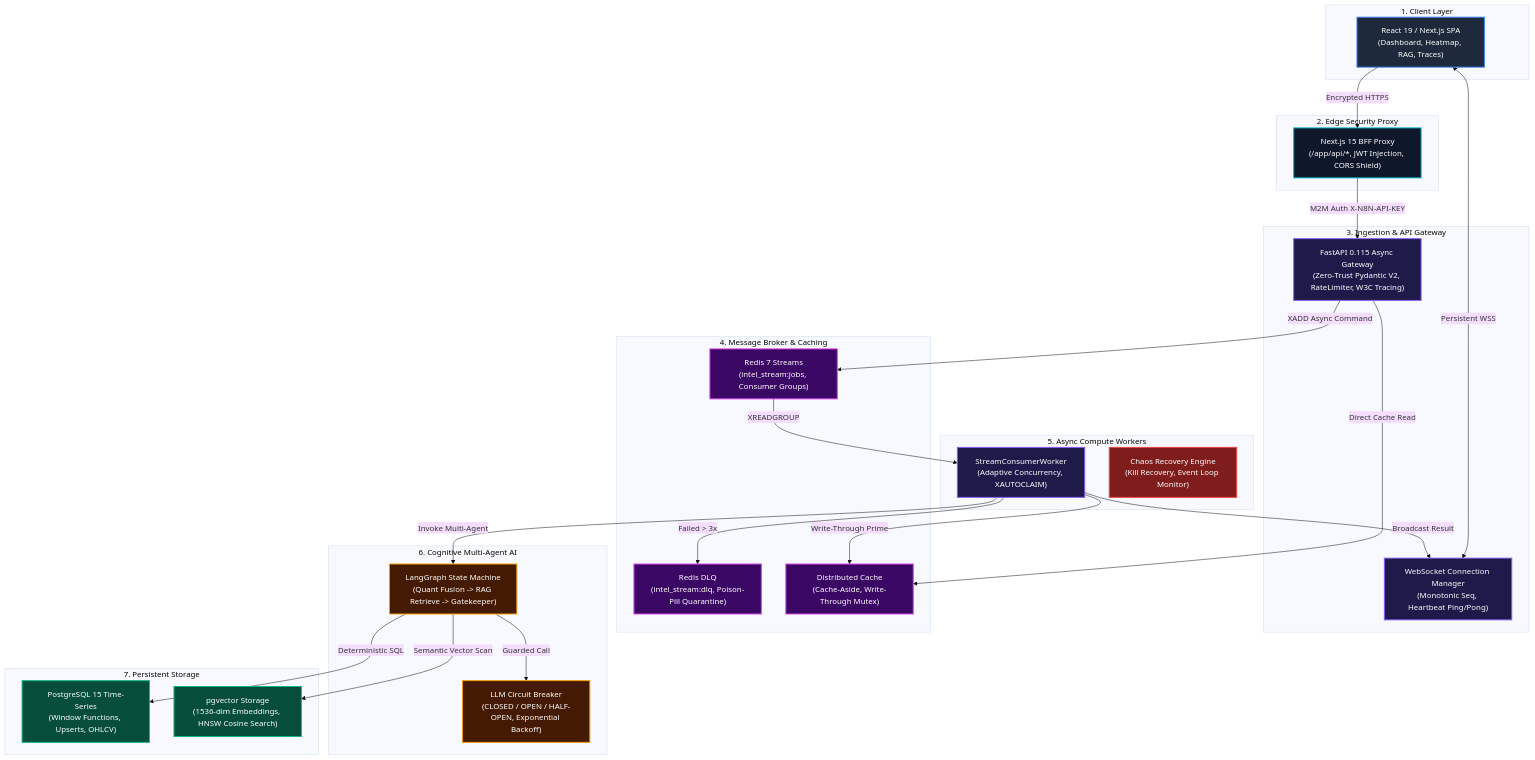
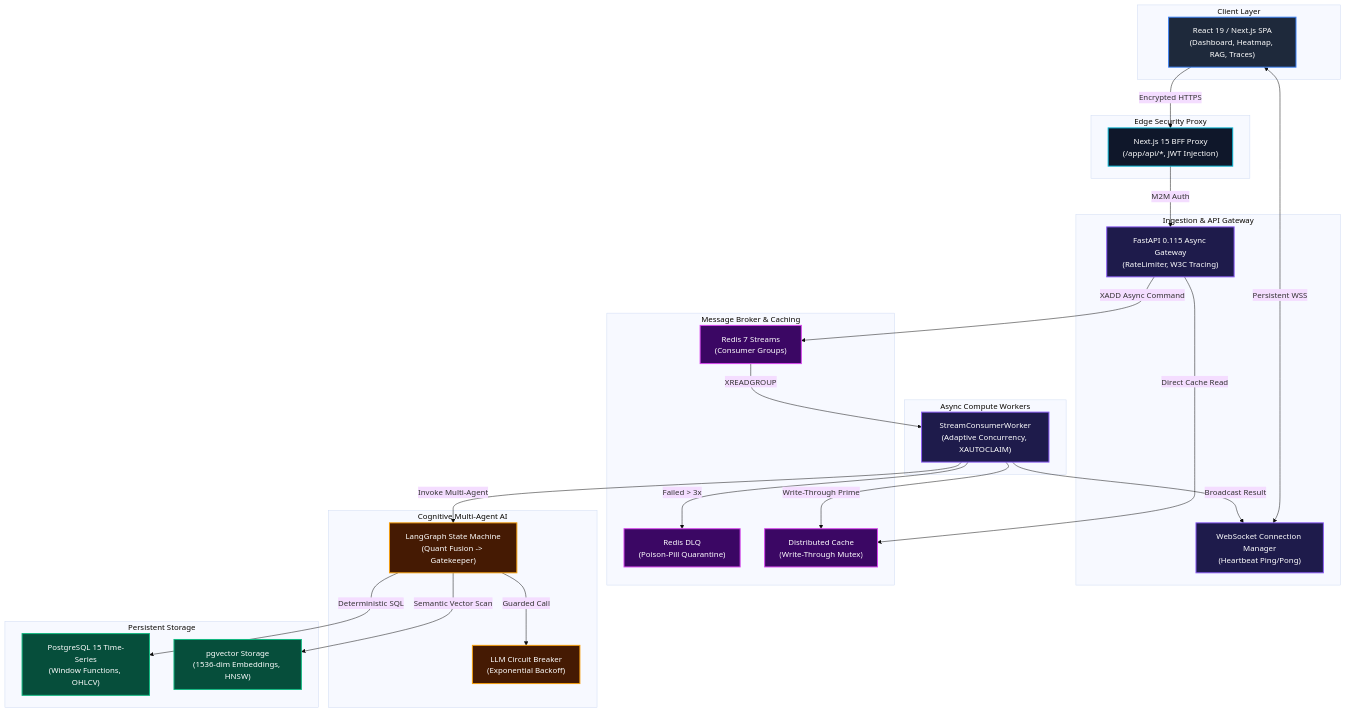
Before and after one commit to venkatesh5650/async-fintech-gateway: the diagram in README.md, drawn with Mermaid (base theme). The commit also changed other lines of this file, not shown here.

Commit message:
docs: standardize and enhance README architecture specification

````diff
--- a/README.md
+++ b/README.md
@@ -20,58 +28,57 @@
 ```mermaid
 graph TD
     classDef client fill:#1e293b,stroke:#3b82f6,stroke-width:2px,color:#fff;
     classDef edge fill:#0f172a,stroke:#06b6d4,stroke-width:2px,color:#fff;
     classDef compute fill:#1e1b4b,stroke:#8b5cf6,stroke-width:2px,color:#fff;
     classDef broker fill:#3b0764,stroke:#d946ef,stroke-width:2px,color:#fff;
     classDef storage fill:#064e3b,stroke:#10b981,stroke-width:2px,color:#fff;
     classDef ai fill:#451a03,stroke:#f59e0b,stroke-width:2px,color:#fff;
     classDef audit fill:#7f1d1d,stroke:#ef4444,stroke-width:2px,color:#fff;
 
-    subgraph Tier1 [1. Client Layer]
+    subgraph Tier1 [Client Layer]
         Browser["React 19 / Next.js SPA<br/>(Dashboard, Heatmap, RAG, Traces)"]:::client
     end
 
-    subgraph Tier2 [2. Edge Security Proxy]
-        BFF["Next.js 15 BFF Proxy<br/>(/app/api/*, JWT Injection, CORS Shield)"]:::edge
+    subgraph Tier2 [Edge Security Proxy]
+        BFF["Next.js 15 BFF Proxy<br/>(/app/api/*, JWT Injection)"]:::edge
     end
 
-    subgraph Tier3 [3. Ingestion & API Gateway]
-        FastAPI["FastAPI 0.115 Async Gateway<br/>(Zero-Trust Pydantic V2, RateLimiter, W3C Tracing)"]:::compute
-        WSMgr["WebSocket Connection Manager<br/>(Monotonic Seq, Heartbeat Ping/Pong)"]:::compute
+    subgraph Tier3 [Ingestion & API Gateway]
+        FastAPI["FastAPI 0.115 Async Gateway<br/>(RateLimiter, W3C Tracing)"]:::compute
+        WSMgr["WebSocket Connection Manager<br/>(Heartbeat Ping/Pong)"]:::compute
     end
 
-    subgraph Tier4 [4. Message Broker & Caching]
-        Streams["Redis 7 Streams<br/>(intel_stream:jobs, Consumer Groups)"]:::broker
-        DLQ["Redis DLQ<br/>(intel_stream:dlq, Poison-Pill Quarantine)"]:::broker
-        Cache["Distributed Cache<br/>(Cache-Aside, Write-Through Mutex)"]:::broker
+    subgraph Tier4 [Message Broker & Caching]
+        Streams["Redis 7 Streams<br/>(Consumer Groups)"]:::broker
+        DLQ["Redis DLQ<br/>(Poison-Pill Quarantine)"]:::broker
+        Cache["Distributed Cache<br/>(Write-Through Mutex)"]:::broker
     end
 
-    subgraph Tier5 [5. Async Compute Workers]
+    subgraph Tier5 [Async Compute Workers]
         Worker["StreamConsumerWorker<br/>(Adaptive Concurrency, XAUTOCLAIM)"]:::compute
-        Chaos["Chaos Recovery Engine<br/>(Kill Recovery, Event Loop Monitor)"]:::audit
     end
 
-    subgraph Tier6 [6. Cognitive Multi-Agent AI]
-        LangGraph["LangGraph State Machine<br/>(Quant Fusion -> RAG Retrieve -> Gatekeeper)"]:::ai
-        Circuit["LLM Circuit Breaker<br/>(CLOSED / OPEN / HALF-OPEN, Exponential Backoff)"]:::ai
+    subgraph Tier6 [Cognitive Multi-Agent AI]
+        LangGraph["LangGraph State Machine<br/>(Quant Fusion -> Gatekeeper)"]:::ai
+        Circuit["LLM Circuit Breaker<br/>(Exponential Backoff)"]:::ai
     end
 
-    subgraph Tier7 [7. Persistent Storage]
-        PG["PostgreSQL 15 Time-Series<br/>(Window Functions, Upserts, OHLCV)"]:::storage
-        PGVector["pgvector Storage<br/>(1536-dim Embeddings, HNSW Cosine Search)"]:::storage
+    subgraph Tier7 [Persistent Storage]
+        PG["PostgreSQL 15 Time-Series<br/>(Window Functions, OHLCV)"]:::storage
+        PGVector["pgvector Storage<br/>(1536-dim Embeddings, HNSW)"]:::storage
     end
 
     Browser -->|Encrypted HTTPS| BFF
     Browser <-->|Persistent WSS| WSMgr
-    BFF -->|M2M Auth X-N8N-API-KEY| FastAPI
+    BFF -->|M2M Auth| FastAPI
     FastAPI -->|XADD Async Command| Streams
     FastAPI -->|Direct Cache Read| Cache
     Streams -->|XREADGROUP| Worker
     Worker -->|Failed > 3x| DLQ
     Worker -->|Invoke Multi-Agent| LangGraph
     LangGraph -->|Guarded Call| Circuit
     LangGraph -->|Deterministic SQL| PG
     LangGraph -->|Semantic Vector Scan| PGVector
     Worker -->|Broadcast Result| WSMgr
     Worker -->|Write-Through Prime| Cache
 ```
````
